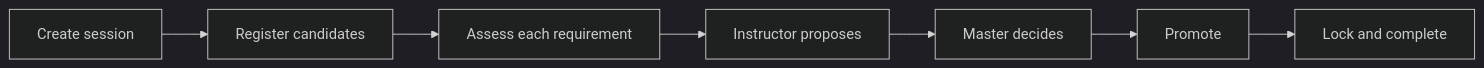
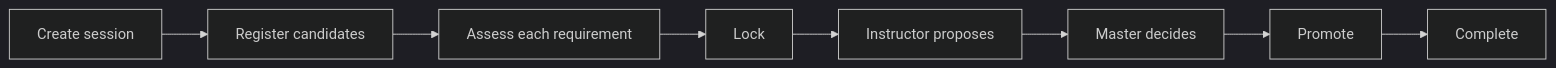
Before and after one commit to TheRedTower/KukGrade: the diagram in README.md, drawn with Mermaid (dark theme). The commit also changed other lines of this file and 24 other files, not shown here.

````diff
--- a/README.md
+++ b/README.md
@@ -129,9 +129,10 @@
 ```mermaid
 flowchart LR
     A[Create session] --> B[Register candidates]
     B --> C[Assess each requirement]
-    C --> D[Instructor proposes]
-    D --> E[Master decides]
-    E --> F[Promote]
-    F --> G[Lock and complete]
+    C --> D[Lock]
+    D --> E[Instructor proposes]
+    E --> F[Master decides]
+    F --> G[Promote]
+    G --> H[Complete]
 ```
````
